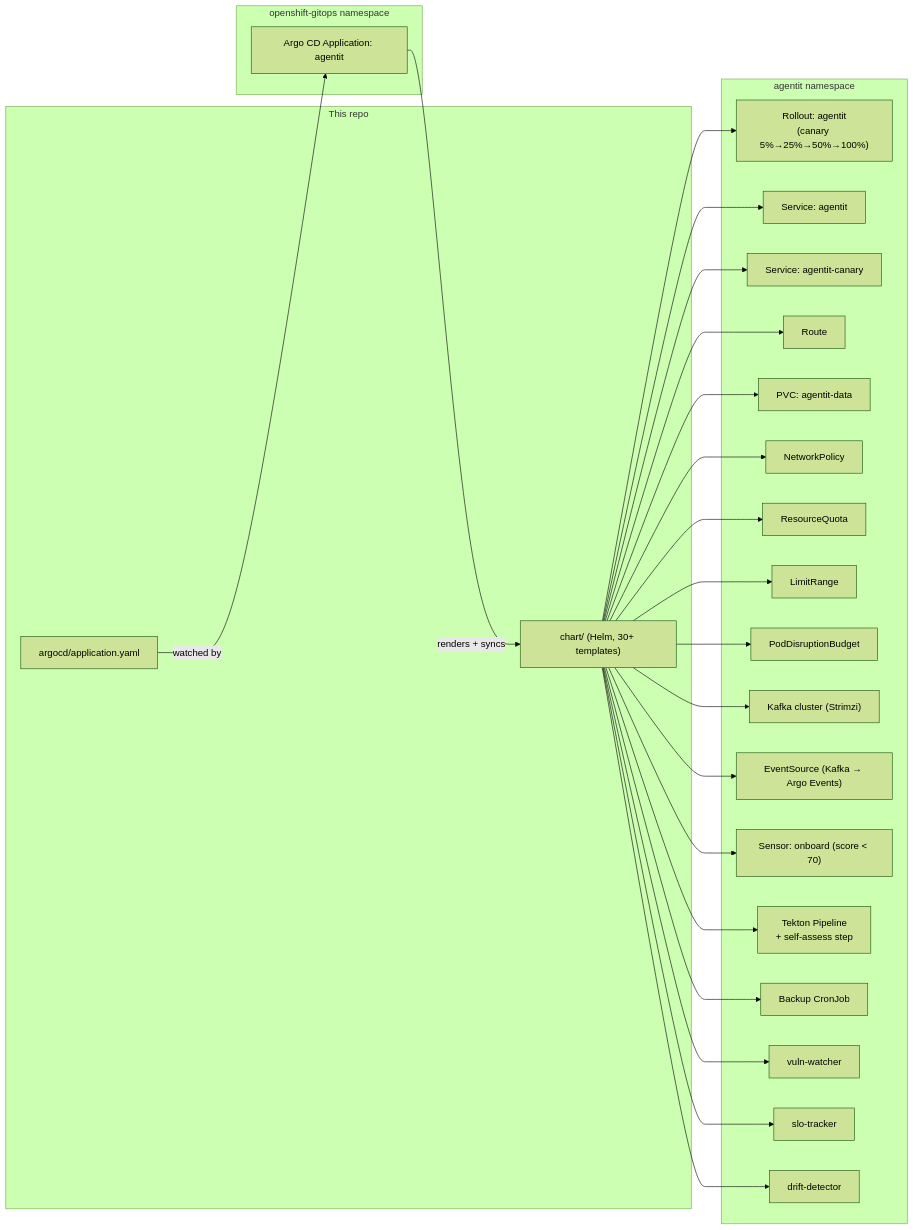
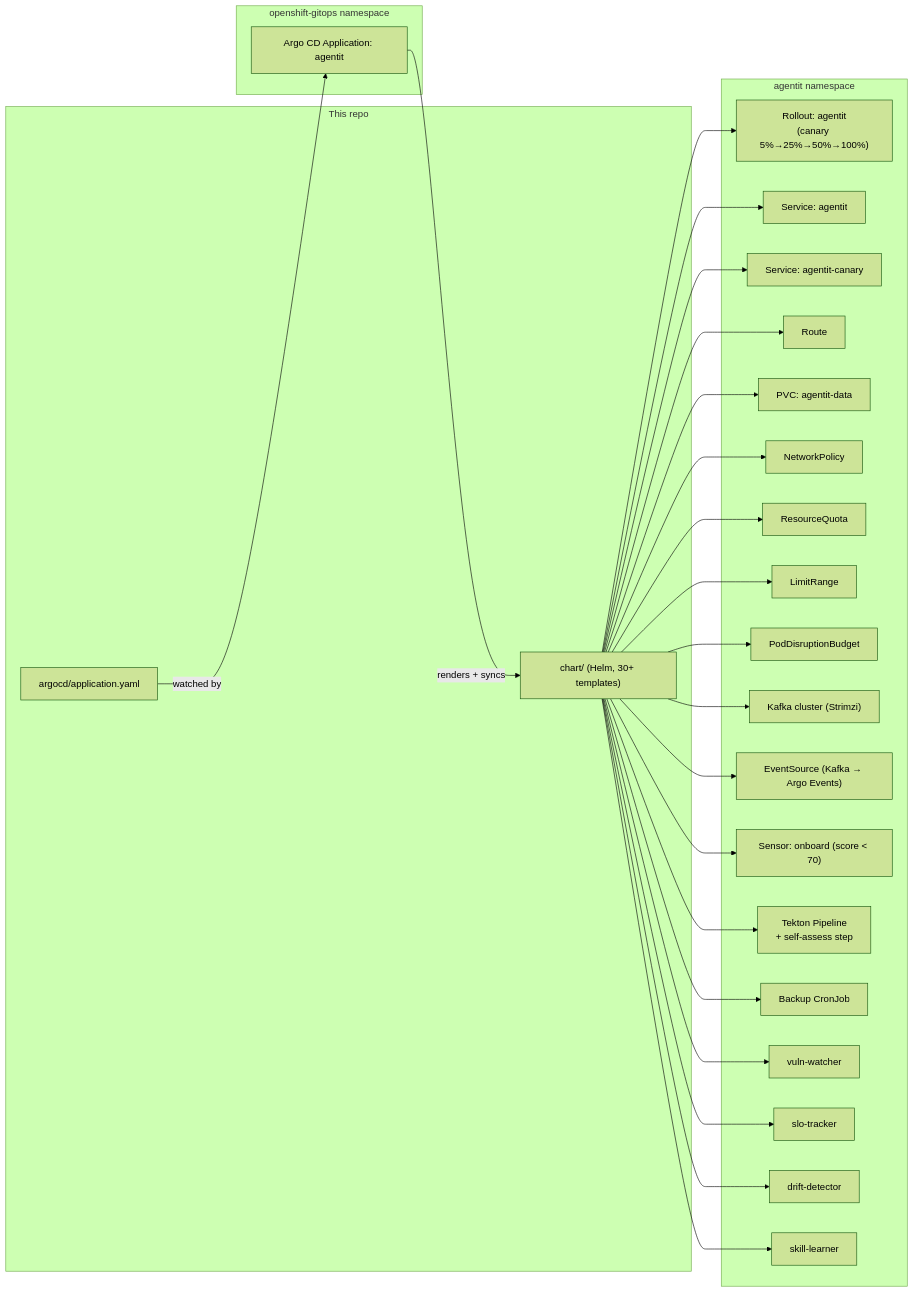
One commit to alimobrem/AgentIT changed the fourth of 4 diagrams in docs/architecture.md. Above: the diagram before and after it, drawn with Mermaid (forest theme). The commit also changed other lines of this file and 8 other files, not shown here.

````diff
--- a/docs/architecture.md
+++ b/docs/architecture.md
@@ -277,39 +277,40 @@
 ```mermaid
 graph LR
     subgraph Git["This repo"]
         Chart["chart/ (Helm, 30+ templates)"]
         AppYaml["argocd/application.yaml"]
     end
 
     subgraph GitOps["openshift-gitops namespace"]
         ArgoCD["Argo CD Application: agentit"]
     end
 
     subgraph NS["agentit namespace"]
         Rollout["Rollout: agentit\n(canary 5%→25%→50%→100%)"]
         SvcStable["Service: agentit"]
         SvcCanary["Service: agentit-canary"]
         Route["Route"]
         PVC["PVC: agentit-data"]
         NetPol["NetworkPolicy"]
         Quota["ResourceQuota"]
         LimitRange["LimitRange"]
         PDB["PodDisruptionBudget"]
         KafkaCluster["Kafka cluster (Strimzi)"]
         EventSource["EventSource (Kafka → Argo Events)"]
         SensorOnboard["Sensor: onboard (score < 70)"]
         Pipeline["Tekton Pipeline\n+ self-assess step"]
         BackupCron["Backup CronJob"]
         VulnWatcher["vuln-watcher"]
         SloTracker["slo-tracker"]
         DriftDetector["drift-detector"]
+        SkillLearner["skill-learner"]
     end
 
     AppYaml -->|"watched by"| ArgoCD
     ArgoCD -->|"renders + syncs"| Chart
     Chart --> Rollout & SvcStable & SvcCanary & Route & PVC
     Chart --> NetPol & Quota & LimitRange & PDB
     Chart --> KafkaCluster & EventSource & SensorOnboard
     Chart --> Pipeline & BackupCron
-    Chart --> VulnWatcher & SloTracker & DriftDetector
+    Chart --> VulnWatcher & SloTracker & DriftDetector & SkillLearner
 ```
````
